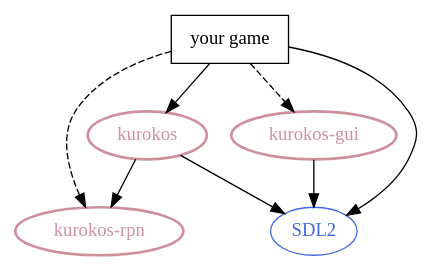
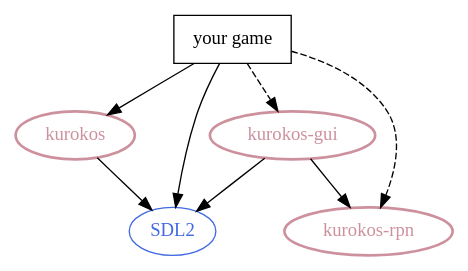
One commit to masatoko/kurokos changed the diagram in doc/depend.gv. Above: the diagram before and after it, drawn with Graphviz. The commit also changed 2 other files, not shown here.

```diff
--- a/doc/depend.gv
+++ b/doc/depend.gv
@@ -1,20 +1,20 @@
 digraph {
   node [
     fontname = "Ubuntu",
   ]
 
   kurokos       [style = bold, color = pink3, fontcolor = pink3]
   "kurokos-gui" [style = bold, color = pink3, fontcolor = pink3]
   "kurokos-rpn" [style = bold, color = pink3, fontcolor = pink3]
-  "your game"   [shape = rounded, color = black]
+  "your game"   [shape = box, color = black]
   SDL2          [color = royalblue, fontcolor = royalblue]
 
   "your game" -> kurokos
   "your game" -> "kurokos-gui" [style = dashed]
   "your game" -> SDL2
   "your game" -> "kurokos-rpn" [style = dashed]
 
   kurokos -> SDL2
-  kurokos -> "kurokos-rpn"
+  "kurokos-gui" -> "kurokos-rpn"
   "kurokos-gui" -> SDL2
 }
```
